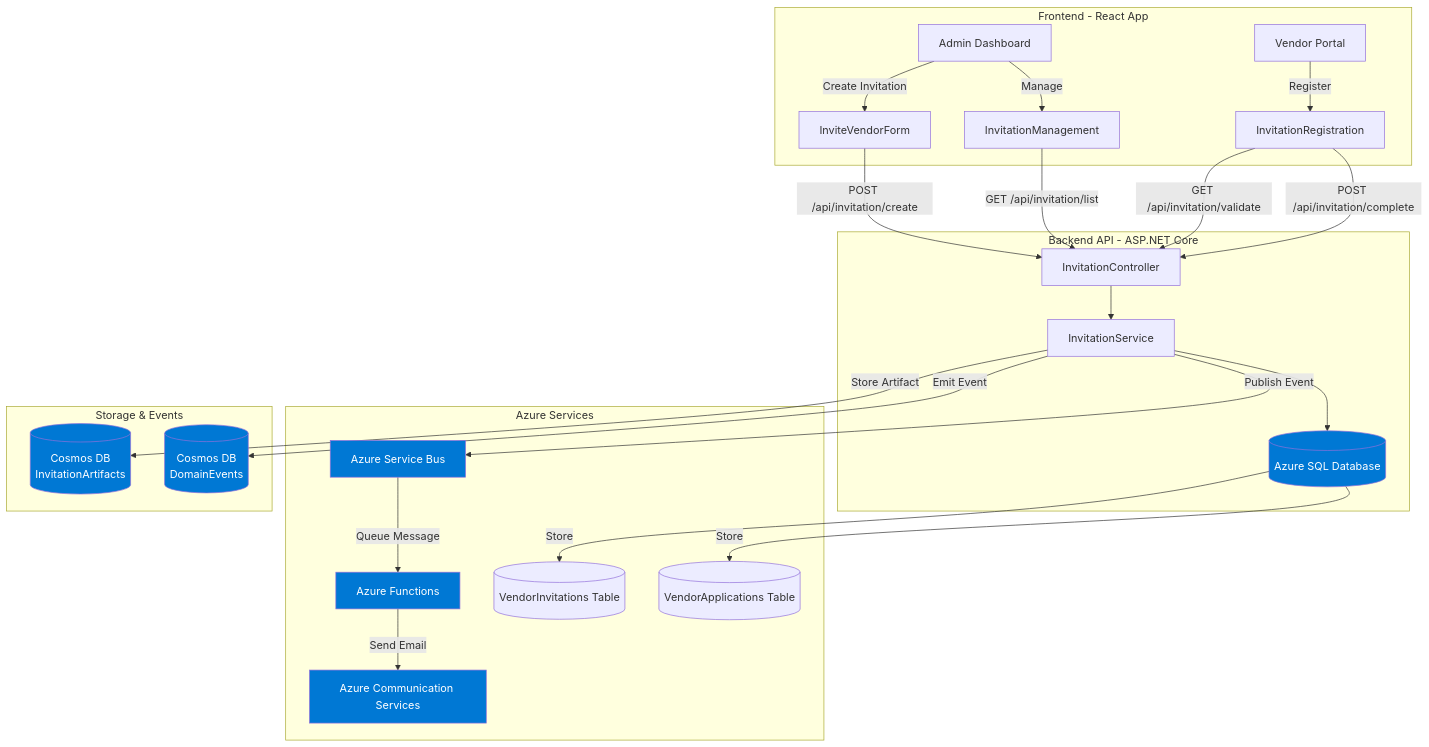
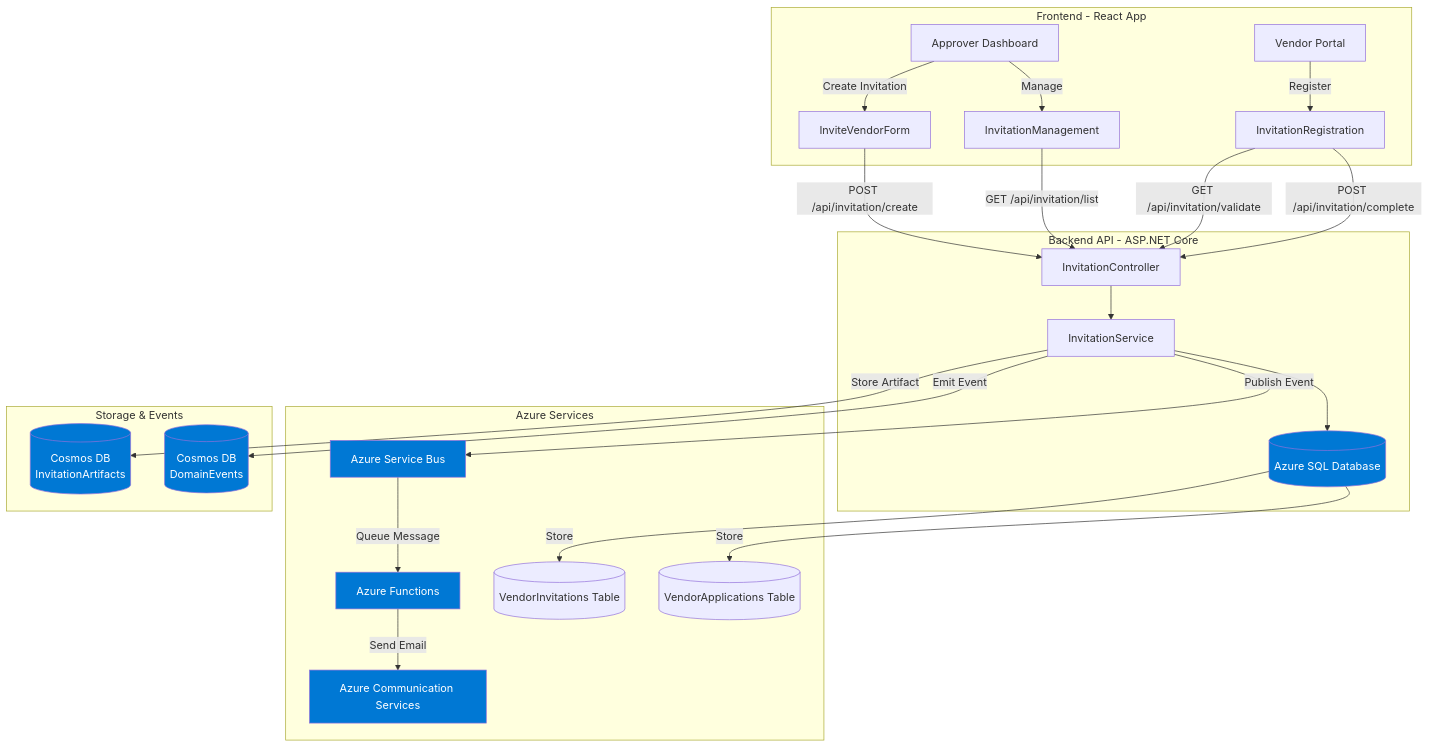
The first of 8 diagrams in docs/features/invitations.md (jplopezinnohunt/vendor-mdm-portal), drawn with Mermaid before and after one commit. The commit also changed other lines of this file and 42 other files, not shown here.

Commit message:
feat: complete invitation flow, system status monitoring, and vendor search integration

````diff
--- a/docs/features/invitations.md
+++ b/docs/features/invitations.md
@@ -41,37 +41,37 @@
 ```mermaid
 graph TB
     subgraph "Frontend - React App"
-        A[Admin Dashboard] -->|Create Invitation| B[InviteVendorForm]
+        A[Approver Dashboard] -->|Create Invitation| B[InviteVendorForm]
         A -->|Manage| C[InvitationManagement]
         D[Vendor Portal] -->|Register| E[InvitationRegistration]
     end
 
     subgraph "Backend API - ASP.NET Core"
         B -->|POST /api/invitation/create| F[InvitationController]
         C -->|GET /api/invitation/list| F
         E -->|GET /api/invitation/validate| F
         E -->|POST /api/invitation/complete| F
         F --> G[InvitationService]
         G --> H[(Azure SQL Database)]
     end
 
     subgraph "Azure Services"
         G -->|Publish Event| I[Azure Service Bus]
         I -->|Queue Message| J[Azure Functions]
         J -->|Send Email| K[Azure Communication Services]
         H -->|Store| L[(VendorInvitations Table)]
         H -->|Store| M[(VendorApplications Table)]
     end
 
     subgraph "Storage & Events"
         G -->|Store Artifact| N[(Cosmos DB<br/>InvitationArtifacts)]
         G -->|Emit Event| O[(Cosmos DB<br/>DomainEvents)]
     end
 
     style H fill:#0078d4,color:#fff
     style I fill:#0078d4,color:#fff
     style J fill:#0078d4,color:#fff
     style K fill:#0078d4,color:#fff
     style N fill:#0078d4,color:#fff
     style O fill:#0078d4,color:#fff
 ```
````
